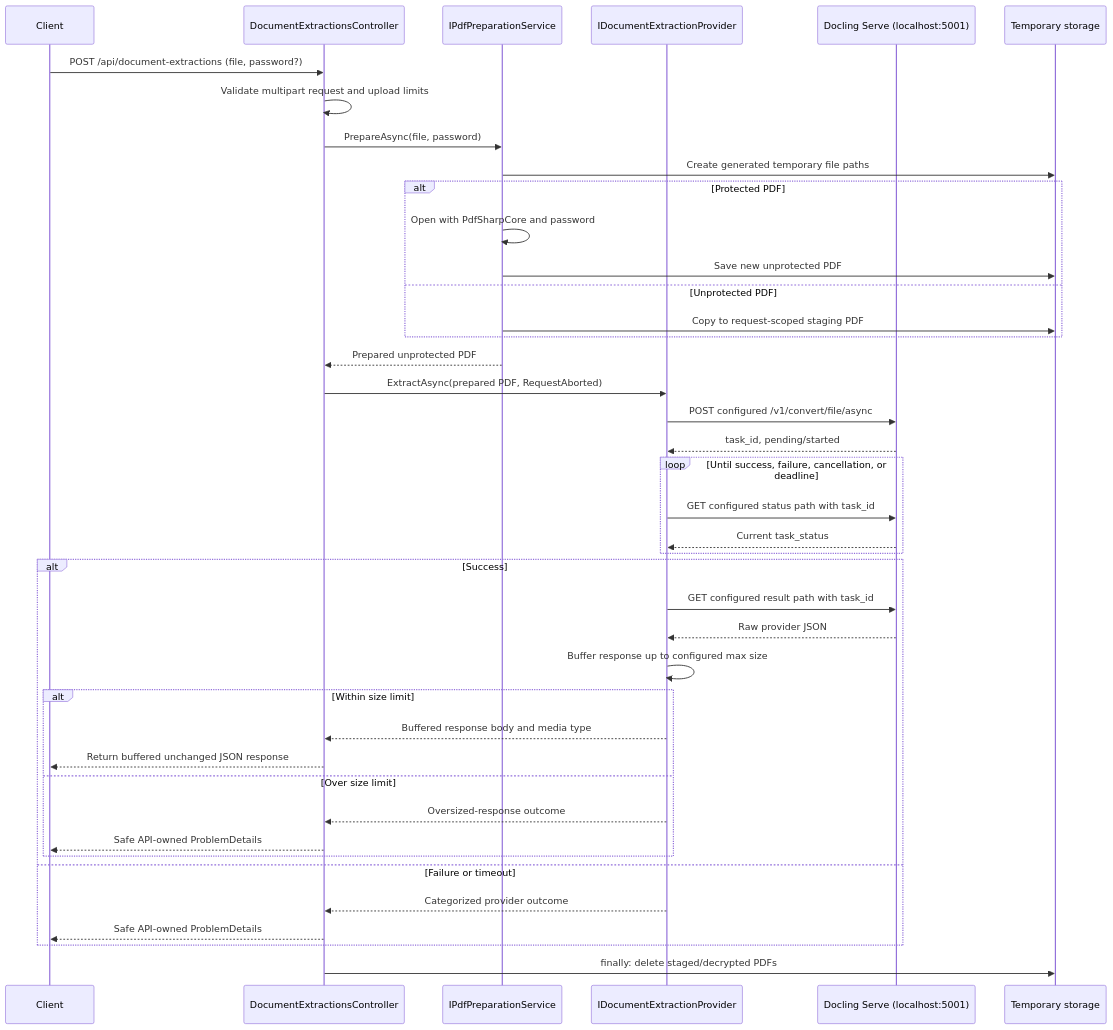
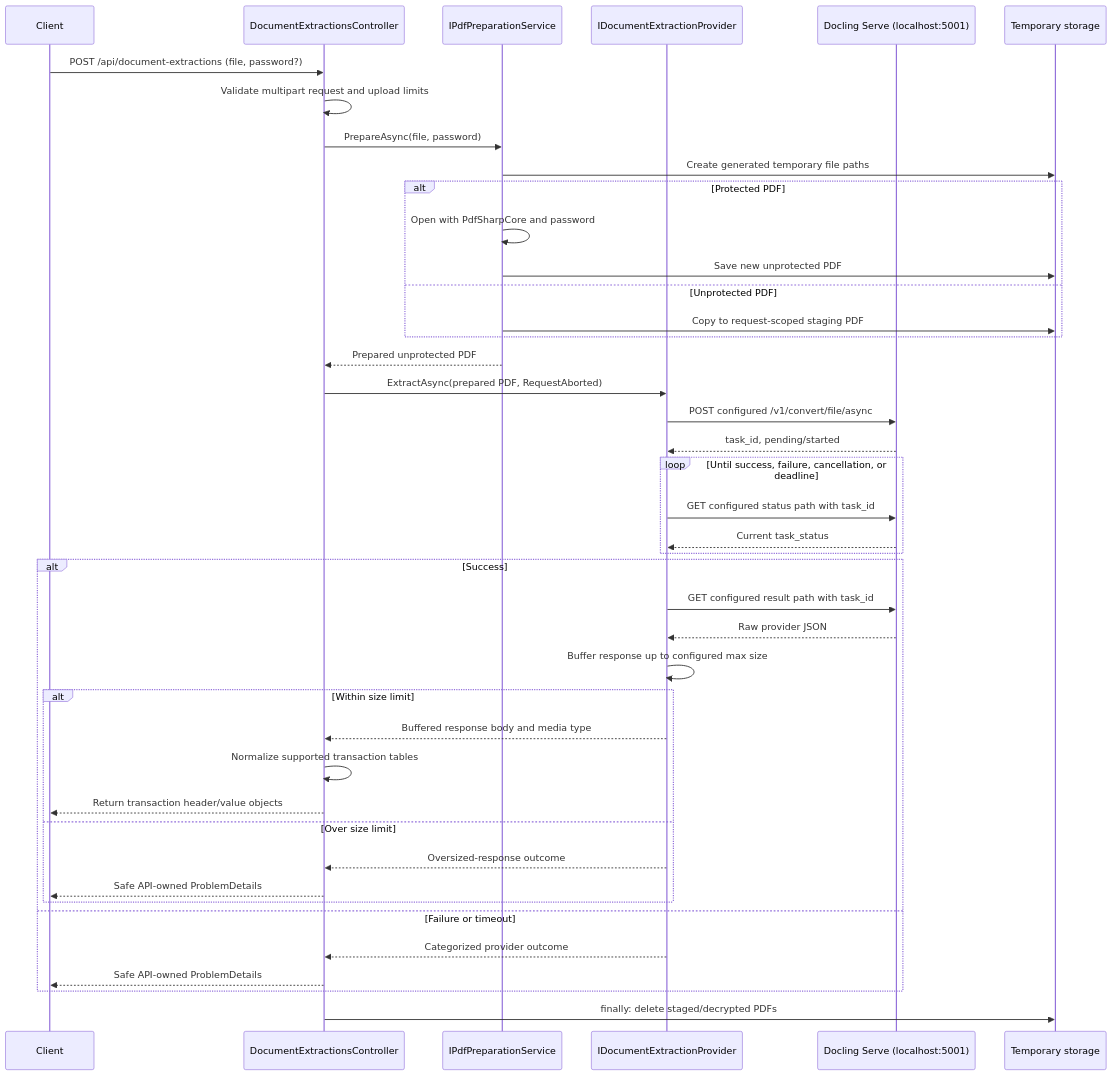
Before and after one commit to sunil816/expense_tracker: the diagram in ExpenseTracker/plans/provider-agnostic-document-extraction-endpoint.md, drawn with Mermaid. The commit also changed other lines of this file and 68 other files, not shown here.

````diff
--- a/ExpenseTracker/plans/provider-agnostic-document-extraction-endpoint.md
+++ b/ExpenseTracker/plans/provider-agnostic-document-extraction-endpoint.md
@@ -25,44 +25,45 @@
 ```mermaid
 sequenceDiagram
     participant Client
     participant Controller as DocumentExtractionsController
     participant PdfService as IPdfPreparationService
     participant Provider as IDocumentExtractionProvider
     participant Docling as Docling Serve (localhost:5001)
     participant Temp as Temporary storage
 
     Client->>Controller: POST /api/document-extractions (file, password?)
     Controller->>Controller: Validate multipart request and upload limits
     Controller->>PdfService: PrepareAsync(file, password)
     PdfService->>Temp: Create generated temporary file paths
     alt Protected PDF
         PdfService->>PdfService: Open with PdfSharpCore and password
         PdfService->>Temp: Save new unprotected PDF
     else Unprotected PDF
         PdfService->>Temp: Copy to request-scoped staging PDF
     end
     PdfService-->>Controller: Prepared unprotected PDF
     Controller->>Provider: ExtractAsync(prepared PDF, RequestAborted)
     Provider->>Docling: POST configured /v1/convert/file/async
     Docling-->>Provider: task_id, pending/started
     loop Until success, failure, cancellation, or deadline
         Provider->>Docling: GET configured status path with task_id
         Docling-->>Provider: Current task_status
     end
     alt Success
         Provider->>Docling: GET configured result path with task_id
         Docling-->>Provider: Raw provider JSON
         Provider->>Provider: Buffer response up to configured max size
         alt Within size limit
             Provider-->>Controller: Buffered response body and media type
-            Controller-->>Client: Return buffered unchanged JSON response
+            Controller->>Controller: Normalize supported transaction tables
+            Controller-->>Client: Return transaction header/value objects
         else Over size limit
             Provider-->>Controller: Oversized-response outcome
             Controller-->>Client: Safe API-owned ProblemDetails
         end
     else Failure or timeout
         Provider-->>Controller: Categorized provider outcome
         Controller-->>Client: Safe API-owned ProblemDetails
     end
     Controller->>Temp: finally: delete staged/decrypted PDFs
 ```
````
